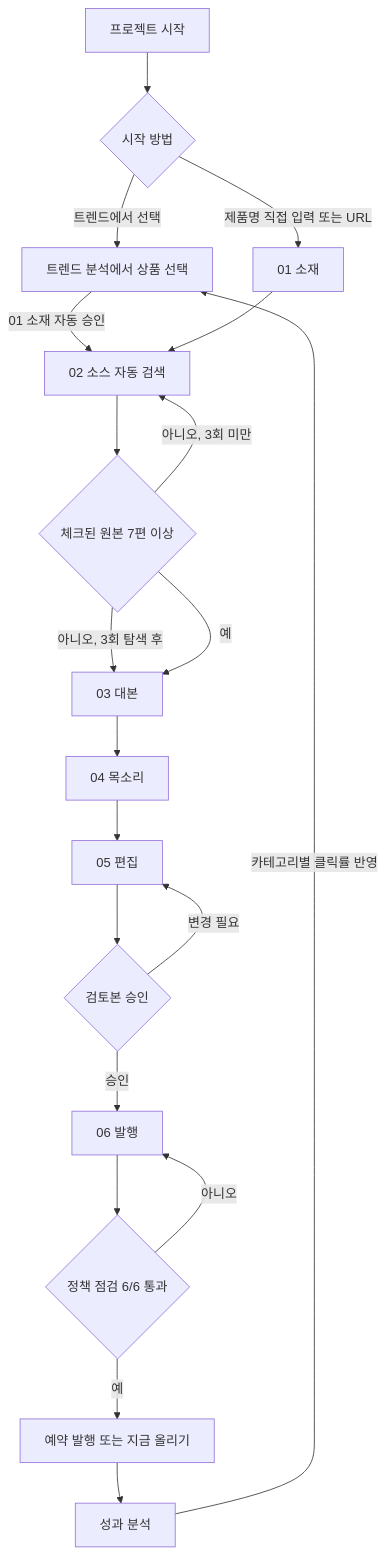
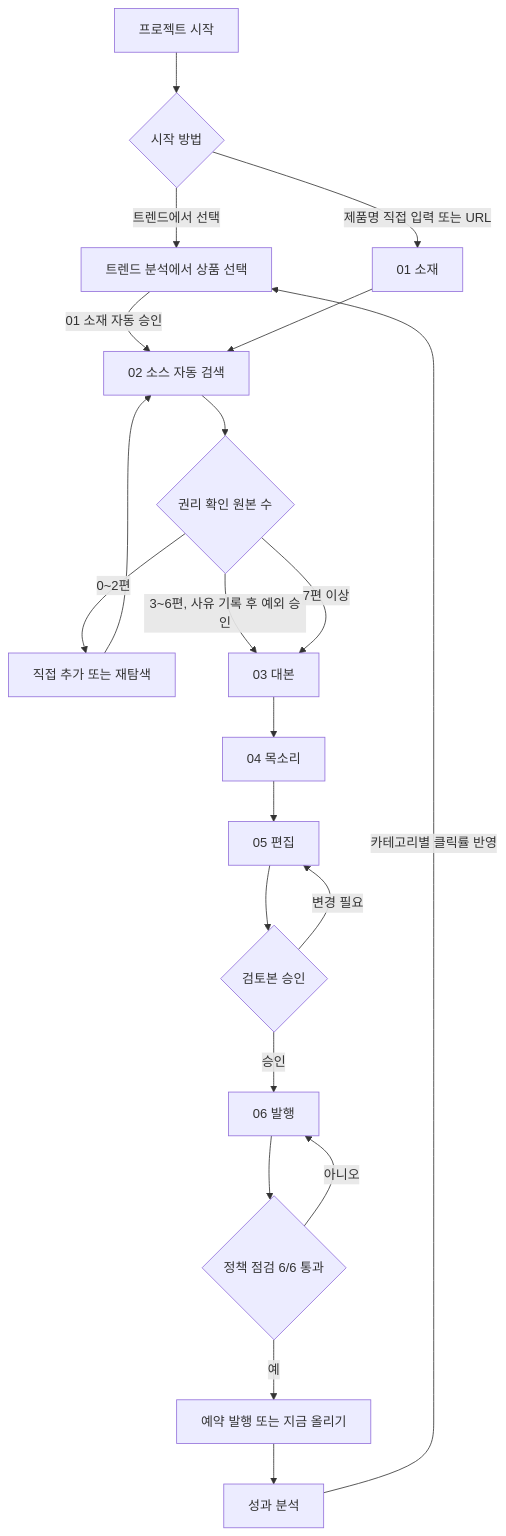
One commit to DevOps0906/Shopping-Shorts-Maker changed the diagram in docs/diagrams/user-flow.mmd. Above: the diagram before and after it, drawn with Mermaid. The commit also changed 71 other files, not shown here.

```diff
--- a/docs/diagrams/user-flow.mmd
+++ b/docs/diagrams/user-flow.mmd
@@ -1,20 +1,21 @@
 flowchart TD
   start["프로젝트 시작"] --> entry{"시작 방법"}
   entry -- "트렌드에서 선택" --> trend["트렌드 분석에서 상품 선택"]
   entry -- "제품명 직접 입력 또는 URL" --> topic["01 소재"]
   trend -- "01 소재 자동 승인" --> source["02 소스 자동 검색"]
   topic --> source
-  source --> enough{"체크된 원본 7편 이상"}
-  enough -- "아니오, 3회 미만" --> source
-  enough -- "아니오, 3회 탐색 후" --> script["03 대본"]
-  enough -- "예" --> script
+  source --> enough{"권리 확인 원본 수"}
+  enough -- "0~2편" --> add["직접 추가 또는 재탐색"]
+  add --> source
+  enough -- "3~6편, 사유 기록 후 예외 승인" --> script["03 대본"]
+  enough -- "7편 이상" --> script
   script --> voice["04 목소리"]
   voice --> edit["05 편집"]
   edit --> review{"검토본 승인"}
   review -- "변경 필요" --> edit
   review -- "승인" --> publish["06 발행"]
   publish --> policy{"정책 점검 6/6 통과"}
   policy -- "아니오" --> publish
   policy -- "예" --> done["예약 발행 또는 지금 올리기"]
   done --> metrics["성과 분석"]
   metrics -- "카테고리별 클릭률 반영" --> trend
```
